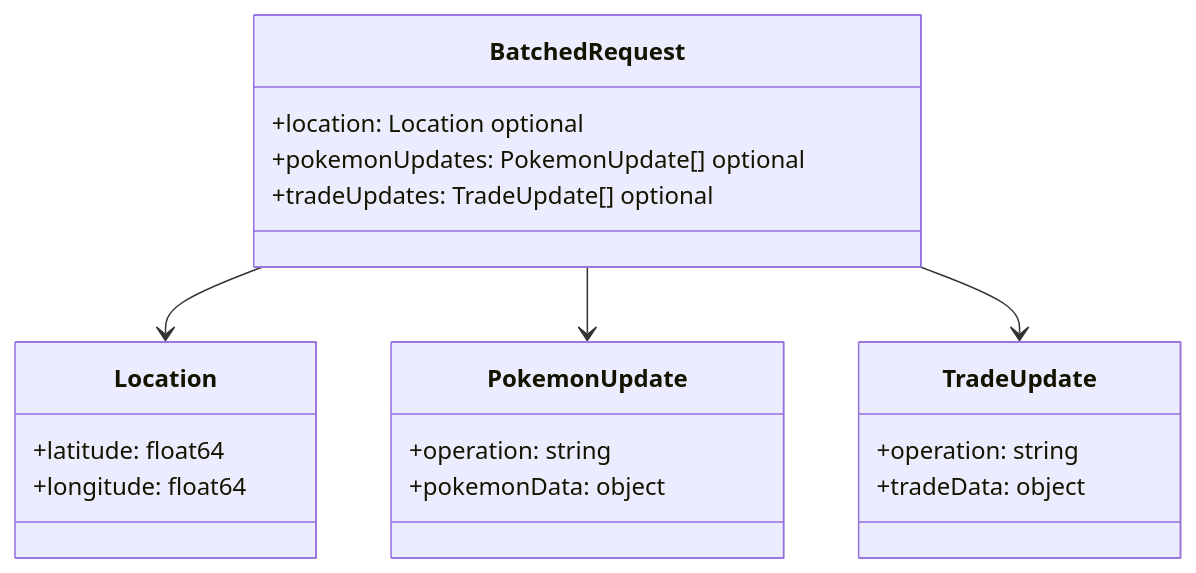
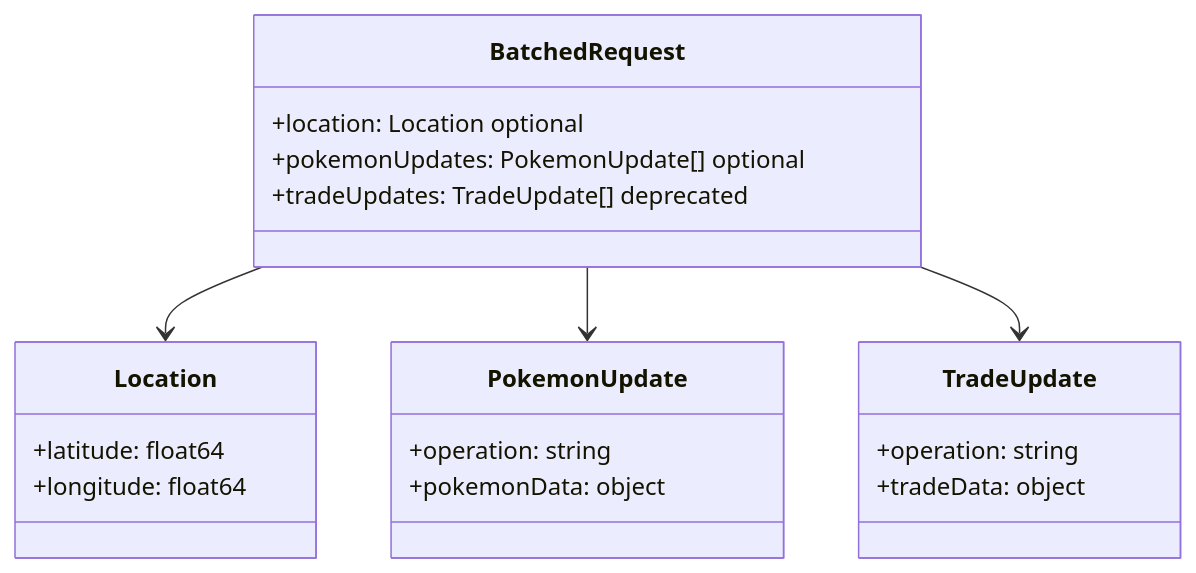
One commit to AdamWentworth/Go changed the fourth of 4 diagrams in receiver/README.md. Above: the diagram before and after it, drawn with Mermaid. The commit also changed other lines of this file and 28 other files, not shown here.

````diff
--- a/receiver/README.md
+++ b/receiver/README.md
@@ -102,27 +108,27 @@
 ```mermaid
 classDiagram
   class BatchedRequest {
     +location: Location optional
     +pokemonUpdates: PokemonUpdate[] optional
-    +tradeUpdates: TradeUpdate[] optional
+    +tradeUpdates: TradeUpdate[] deprecated
   }
 
   class Location {
     +latitude: float64
     +longitude: float64
   }
 
   class PokemonUpdate {
     +operation: string
     +pokemonData: object
   }
 
   class TradeUpdate {
     +operation: string
     +tradeData: object
   }
 
   BatchedRequest --> Location
   BatchedRequest --> PokemonUpdate
   BatchedRequest --> TradeUpdate
 ```
````
